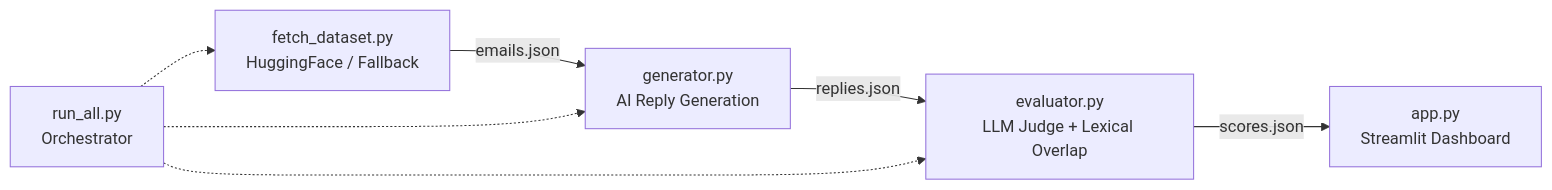
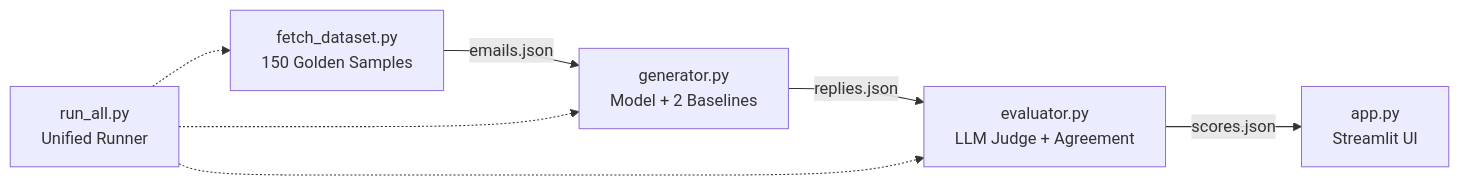
Before and after one commit to ak-logith/hiver_challenge: the diagram in README.md, drawn with Mermaid. The commit also changed other lines of this file and 12 other files, not shown here.

Commit message:
feat: complete all challenge deliverables (150 golden samples, 2 baselines, human agreement, comprehensive report)

````diff
--- a/README.md
+++ b/README.md
@@ -11,7 +21,7 @@
 ```mermaid
 flowchart LR
-    A[fetch_dataset.py<br/>HuggingFace / Fallback] -->|emails.json| B[generator.py<br/>AI Reply Generation]
-    B -->|replies.json| C[evaluator.py<br/>LLM Judge + Lexical Overlap]
-    C -->|scores.json| D[app.py<br/>Streamlit Dashboard]
-    E[run_all.py<br/>Orchestrator] -.-> A & B & C
+    A[fetch_dataset.py<br/>150 Golden Samples] -->|emails.json| B[generator.py<br/>Model + 2 Baselines]
+    B -->|replies.json| C[evaluator.py<br/>LLM Judge + Agreement]
+    C -->|scores.json| D[app.py<br/>Streamlit UI]
+    E[run_all.py<br/>Unified Runner] -.-> A & B & C
 ```
````
